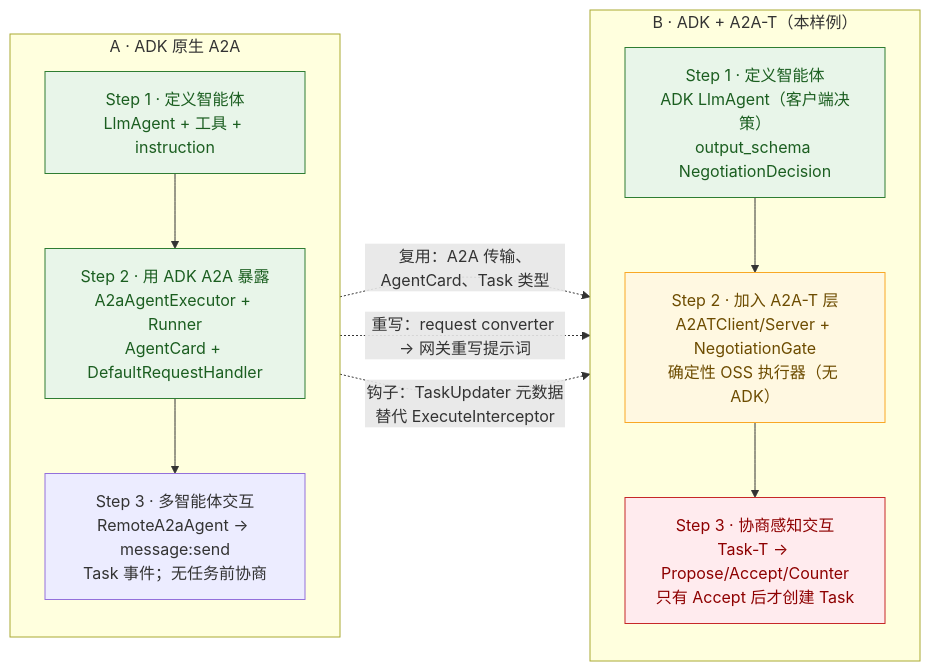
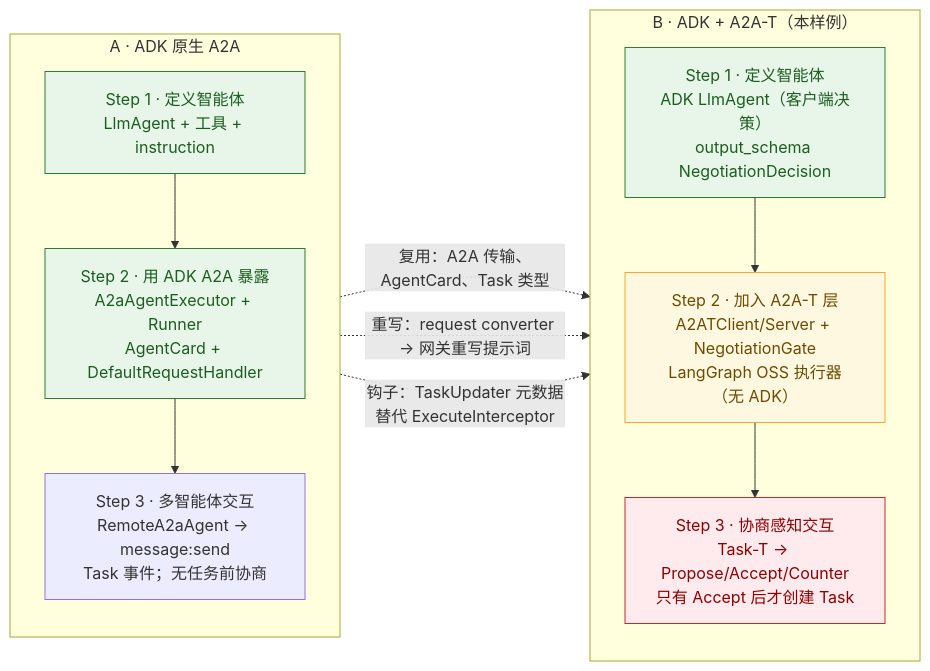
Before and after one commit to codetalks-hw/a2a-t-sdk-python: the sixth of 8 diagrams in a2a-t-sample/ran-energy-saving/README-zh.md, drawn with Mermaid. The commit also changed other lines of this file and 33 other files, not shown here.

````diff
--- a/a2a-t-sample/ran-energy-saving/README-zh.md
+++ b/a2a-t-sample/ran-energy-saving/README-zh.md
@@ -271,29 +293,29 @@
 ```mermaid
 flowchart LR
     subgraph LEFT["A · ADK 原生 A2A"]
         direction TB
         L1["Step 1 · 定义智能体<br/>LlmAgent + 工具 + instruction"]
         L2["Step 2 · 用 ADK A2A 暴露<br/>A2aAgentExecutor + Runner<br/>AgentCard + DefaultRequestHandler"]
         L3["Step 3 · 多智能体交互<br/>RemoteA2aAgent → message:send<br/>Task 事件；无任务前协商"]
         L1 --> L2 --> L3
     end
 
     subgraph RIGHT["B · ADK + A2A-T（本样例）"]
         direction TB
         R1["Step 1 · 定义智能体<br/>ADK LlmAgent（客户端决策）<br/>output_schema NegotiationDecision"]
-        R2["Step 2 · 加入 A2A-T 层<br/>A2ATClient/Server + NegotiationGate<br/>确定性 OSS 执行器（无 ADK）"]
+        R2["Step 2 · 加入 A2A-T 层<br/>A2ATClient/Server + NegotiationGate<br/>LangGraph OSS 执行器（无 ADK）"]
         R3["Step 3 · 协商感知交互<br/>Task-T → Propose/Accept/Counter<br/>只有 Accept 后才创建 Task"]
         R1 --> R2 --> R3
     end
 
     L2 -. "复用：A2A 传输、AgentCard、Task 类型" .-> R2
     L2 -. "重写：request converter → 网关重写提示词" .-> R2
     L3 -. "钩子：TaskUpdater 元数据替代 ExecuteInterceptor" .-> R3
 
     classDef reuse fill:#e8f5e9,stroke:#2e7d32,color:#1b5e20;
     classDef hook fill:#fff8e1,stroke:#f9a825,color:#6d4c00;
     classDef rewrite fill:#ffebee,stroke:#c62828,color:#8e0000;
     class L1,L2,R1 reuse;
     class R2 hook;
     class R3 rewrite;
 ```
````
